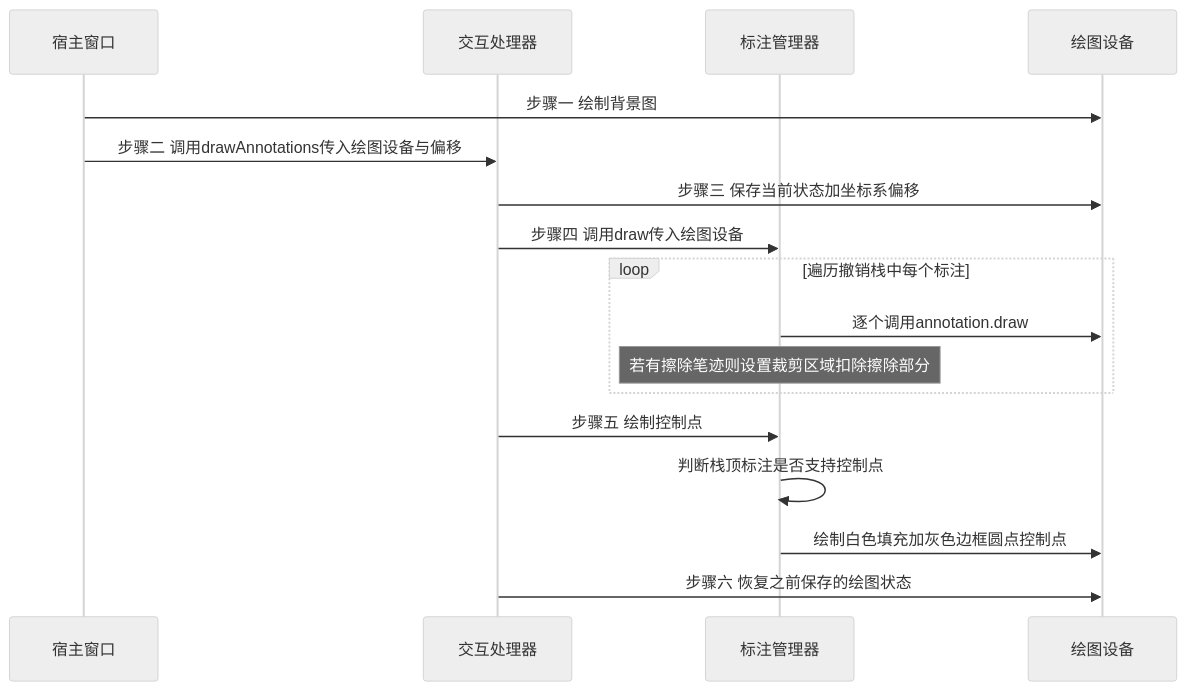
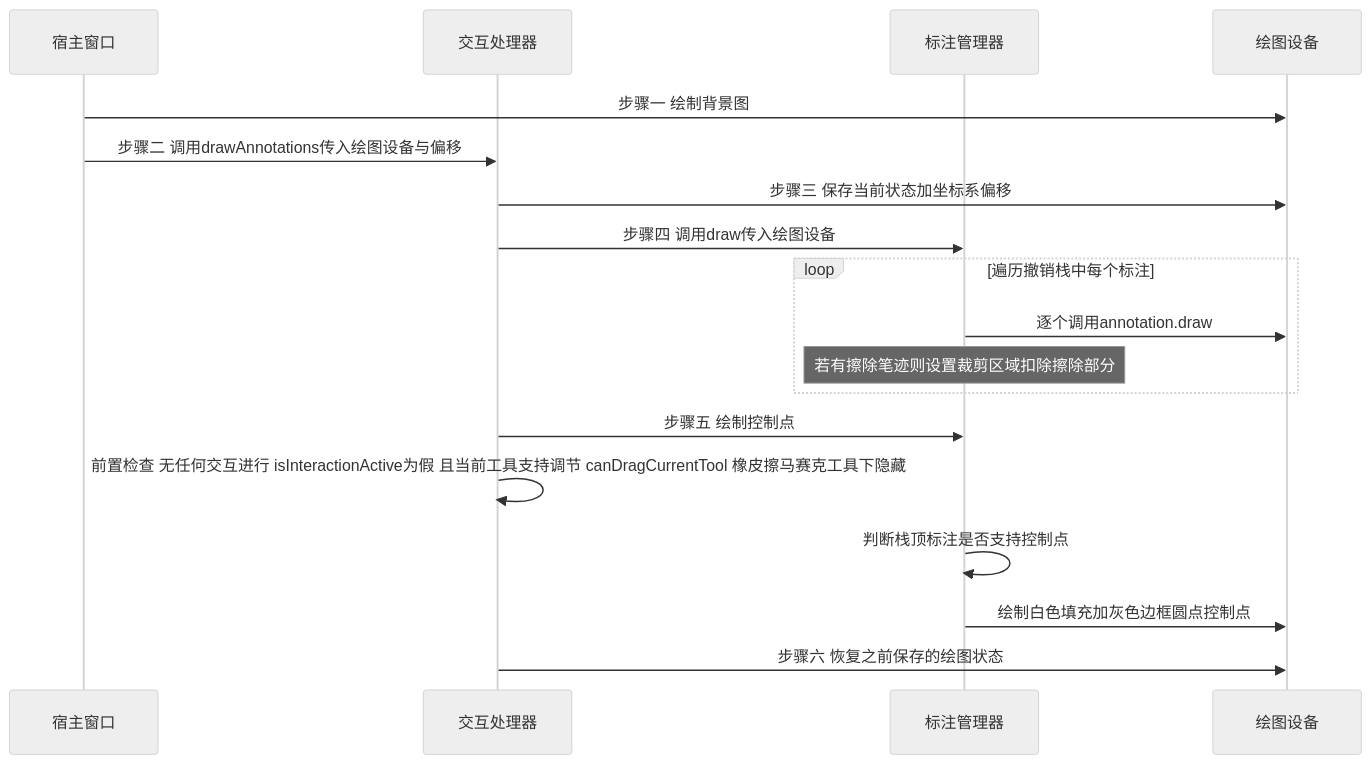
The ninth of 12 diagrams in docs/annotation.md (ChiangyangNPU/quick-shot), drawn with Mermaid (neutral theme) before and after one commit. The commit also changed other lines of this file and 3 other files, not shown here.

````diff
--- a/docs/annotation.md
+++ b/docs/annotation.md
@@ -479,19 +499,20 @@
 ```mermaid
 sequenceDiagram
     participant Host as 宿主窗口
     participant AIH as 交互处理器
     participant AM as 标注管理器
     participant QP as 绘图设备
     Host->>QP: 步骤一 绘制背景图
     Host->>AIH: 步骤二 调用drawAnnotations传入绘图设备与偏移
     AIH->>QP: 步骤三 保存当前状态加坐标系偏移
     AIH->>AM: 步骤四 调用draw传入绘图设备
     loop 遍历撤销栈中每个标注
         AM->>QP: 逐个调用annotation.draw
         note over AM: 若有擦除笔迹则设置裁剪区域扣除擦除部分
     end
     AIH->>AM: 步骤五 绘制控制点
+    AIH->>AIH: 前置检查 无任何交互进行 isInteractionActive为假 且当前工具支持调节 canDragCurrentTool 橡皮擦马赛克工具下隐藏
     AM->>AM: 判断栈顶标注是否支持控制点
     AM->>QP: 绘制白色填充加灰色边框圆点控制点
     AIH->>QP: 步骤六 恢复之前保存的绘图状态
 ```
````
